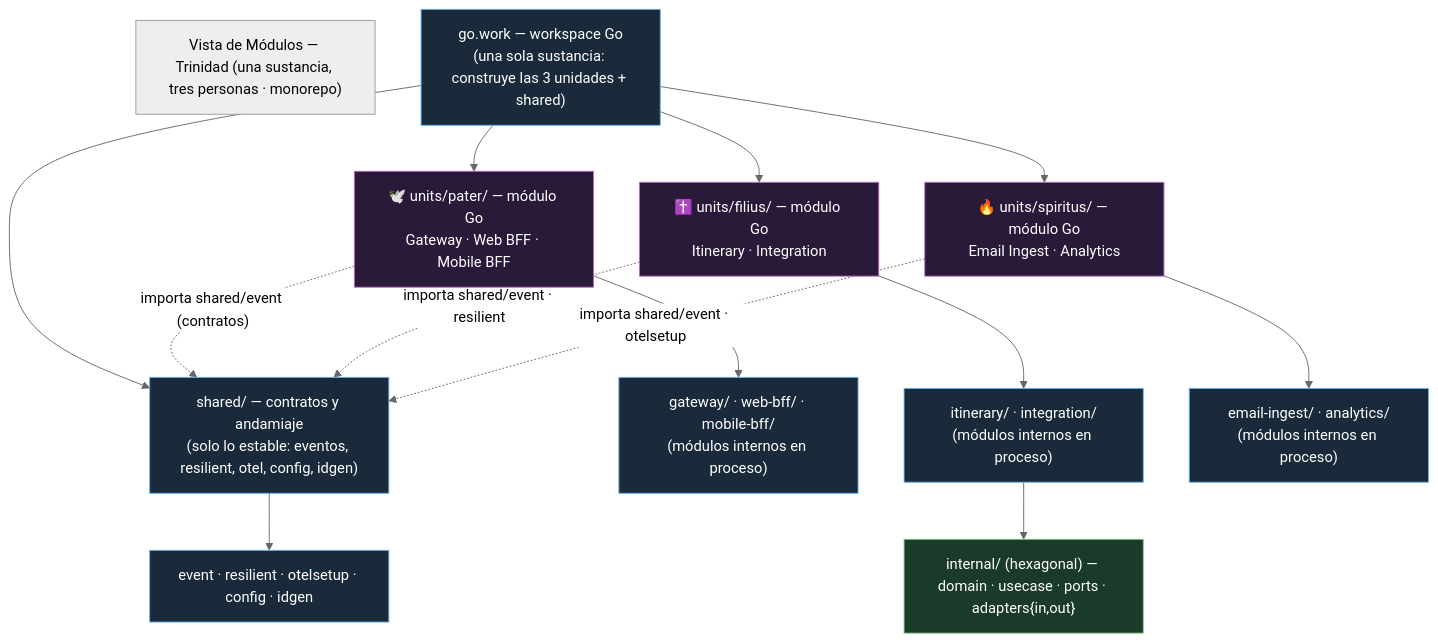
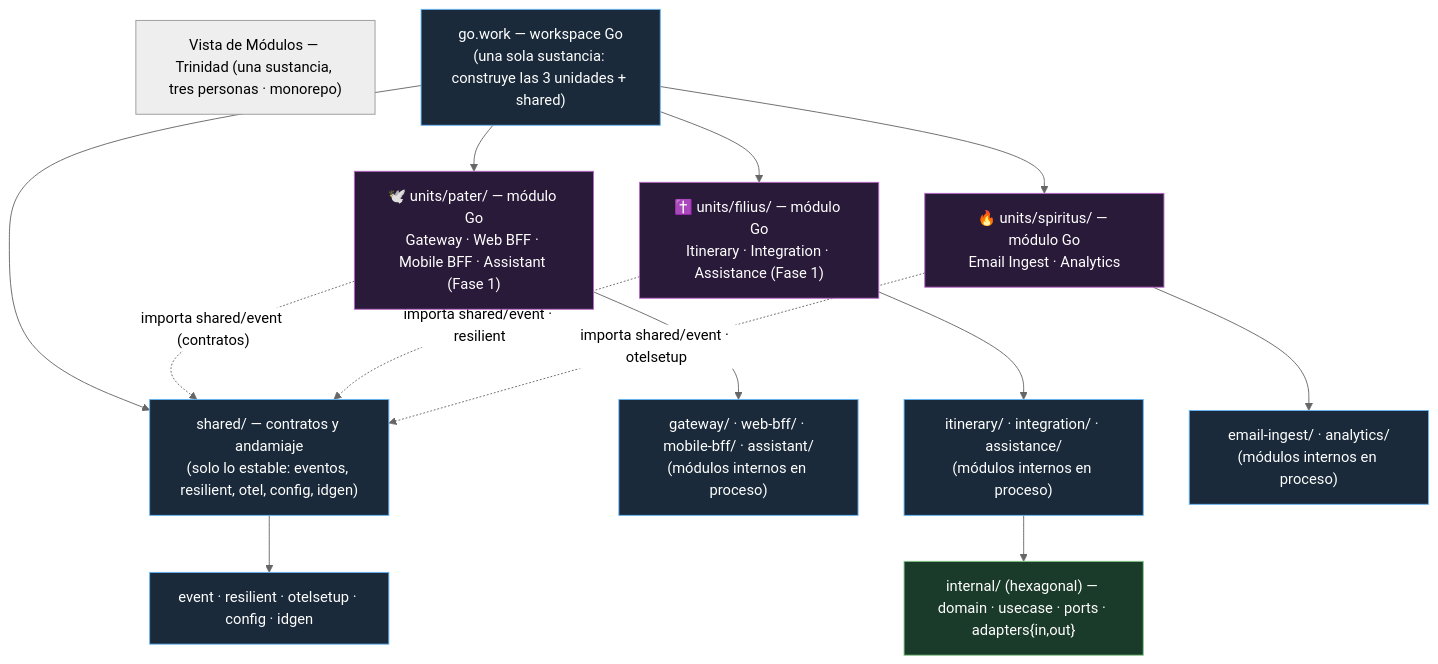
One commit to az-juan/trotamundos changed the first of 3 diagrams in trinity/architecture/vista_modulos.md. Above: the diagram before and after it, drawn with Mermaid (neutral theme). The commit also changed other lines of this file and 28 other files, not shown here.

````diff
--- a/trinity/architecture/vista_modulos.md
+++ b/trinity/architecture/vista_modulos.md
@@ -1,32 +1,32 @@
 ```mermaid
 graph TB
     TITLE["Vista de Módulos — Trinidad (una sustancia, tres personas · monorepo)"]
 
     GW["go.work — workspace Go<br/>(una sola sustancia: construye las 3 unidades + shared)"]
 
-    GW --> P["🕊️ units/pater/ — módulo Go<br/>Gateway · Web BFF · Mobile BFF"]
-    GW --> F["✝️ units/filius/ — módulo Go<br/>Itinerary · Integration"]
+    GW --> P["🕊️ units/pater/ — módulo Go<br/>Gateway · Web BFF · Mobile BFF · Assistant (Fase 1)"]
+    GW --> F["✝️ units/filius/ — módulo Go<br/>Itinerary · Integration · Assistance (Fase 1)"]
     GW --> S["🔥 units/spiritus/ — módulo Go<br/>Email Ingest · Analytics"]
     GW --> SH["shared/ — contratos y andamiaje<br/>(solo lo estable: eventos, resilient, otel, config, idgen)"]
 
-    P --> PP["gateway/ · web-bff/ · mobile-bff/<br/>(módulos internos en proceso)"]
-    F --> FF["itinerary/ · integration/<br/>(módulos internos en proceso)"]
+    P --> PP["gateway/ · web-bff/ · mobile-bff/ · assistant/<br/>(módulos internos en proceso)"]
+    F --> FF["itinerary/ · integration/ · assistance/<br/>(módulos internos en proceso)"]
     S --> SS["email-ingest/ · analytics/<br/>(módulos internos en proceso)"]
 
     %% Cada módulo interno reproduce el hexágono; se muestra uno como arquetipo
     FF --> HEX["internal/ (hexagonal) — domain · usecase · ports · adapters{in,out}"]
 
     SH --> H1["event · resilient · otelsetup · config · idgen"]
 
     %% Aristas de dependencia entre unidades = solo lo que cruza procesos
     P -.->|"importa shared/event (contratos)"| SH
     F -.->|"importa shared/event · resilient"| SH
     S -.->|"importa shared/event · otelsetup"| SH
 
     classDef unit fill:#2a1a3a,stroke:#ba68c8,color:#fff;
     classDef leaf fill:#1a2a3a,stroke:#64b5f6,color:#fff;
     classDef hex  fill:#1a3a2a,stroke:#81c784,color:#fff;
     class P,F,S unit;
     class GW,SH,PP,FF,SS,H1 leaf;
     class HEX hex;
 ```
````
